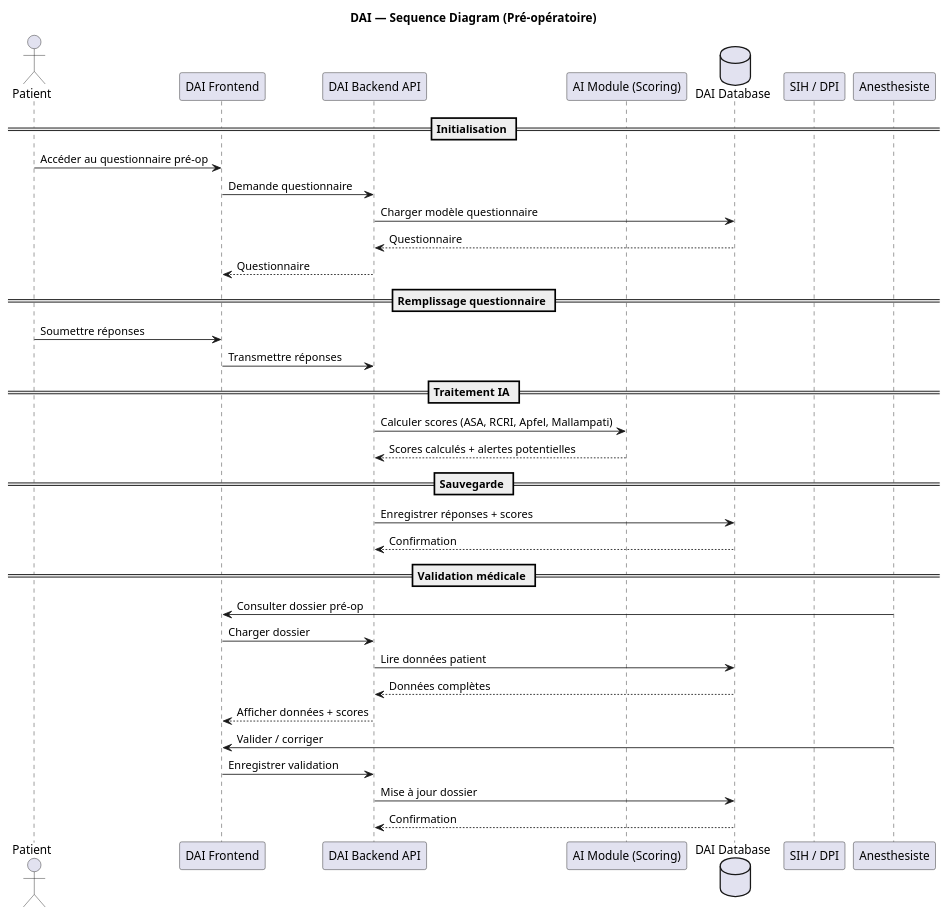
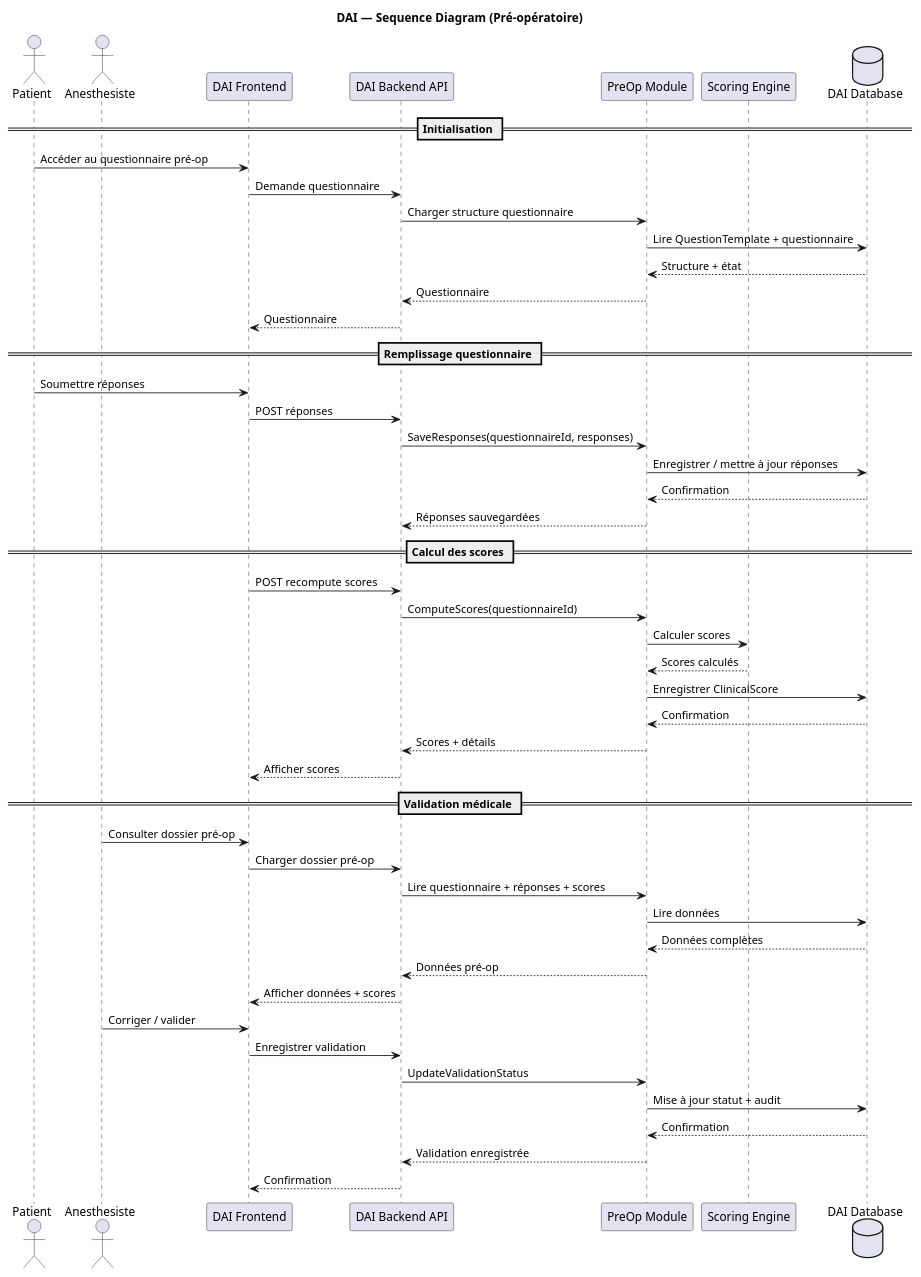
One commit to yasminebelhajmabrouk-ops/yasmine_DAI changed the diagram in diagrams/uml/source/sequence-preop.puml. Above: the diagram before and after it, drawn with PlantUML. The commit also changed 3 other files, not shown here.

Commit message:
docs(uml): update and complete project uml diagrams

```diff
--- a/diagrams/uml/source/sequence-preop.puml
+++ b/diagrams/uml/source/sequence-preop.puml
@@ -1,47 +1,55 @@
 @startuml
 title DAI — Sequence Diagram (Pré-opératoire)
 
 actor Patient
+actor Anesthesiste
 participant "DAI Frontend" as FE
 participant "DAI Backend API" as BE
-participant "AI Module (Scoring)" as AI
+participant "PreOp Module" as PREOP
+participant "Scoring Engine" as SE
 database "DAI Database" as DB
-participant "SIH / DPI" as SIH
 
 == Initialisation ==
-
 Patient -> FE : Accéder au questionnaire pré-op
 FE -> BE : Demande questionnaire
-BE -> DB : Charger modèle questionnaire
-DB --> BE : Questionnaire
+BE -> PREOP : Charger structure questionnaire
+PREOP -> DB : Lire QuestionTemplate + questionnaire
+DB --> PREOP : Structure + état
+PREOP --> BE : Questionnaire
 BE --> FE : Questionnaire
 
 == Remplissage questionnaire ==
+Patient -> FE : Soumettre réponses
+FE -> BE : POST réponses
+BE -> PREOP : SaveResponses(questionnaireId, responses)
+PREOP -> DB : Enregistrer / mettre à jour réponses
+DB --> PREOP : Confirmation
+PREOP --> BE : Réponses sauvegardées
 
-Patient -> FE : Soumettre réponses
-FE -> BE : Transmettre réponses
-
-== Traitement IA ==
-
-BE -> AI : Calculer scores (ASA, RCRI, Apfel, Mallampati)
-AI --> BE : Scores calculés + alertes potentielles
-
-== Sauvegarde ==
-
-BE -> DB : Enregistrer réponses + scores
-DB --> BE : Confirmation
+== Calcul des scores ==
+FE -> BE : POST recompute scores
+BE -> PREOP : ComputeScores(questionnaireId)
+PREOP -> SE : Calculer scores
+SE --> PREOP : Scores calculés
+PREOP -> DB : Enregistrer ClinicalScore
+DB --> PREOP : Confirmation
+PREOP --> BE : Scores + détails
+BE --> FE : Afficher scores
 
 == Validation médicale ==
-
 Anesthesiste -> FE : Consulter dossier pré-op
-FE -> BE : Charger dossier
-BE -> DB : Lire données patient
-DB --> BE : Données complètes
+FE -> BE : Charger dossier pré-op
+BE -> PREOP : Lire questionnaire + réponses + scores
+PREOP -> DB : Lire données
+DB --> PREOP : Données complètes
+PREOP --> BE : Données pré-op
 BE --> FE : Afficher données + scores
 
-Anesthesiste -> FE : Valider / corriger
+Anesthesiste -> FE : Corriger / valider
 FE -> BE : Enregistrer validation
-BE -> DB : Mise à jour dossier
-DB --> BE : Confirmation
-
+BE -> PREOP : UpdateValidationStatus
+PREOP -> DB : Mise à jour statut + audit
+DB --> PREOP : Confirmation
+PREOP --> BE : Validation enregistrée
+BE --> FE : Confirmation
 @enduml
```
